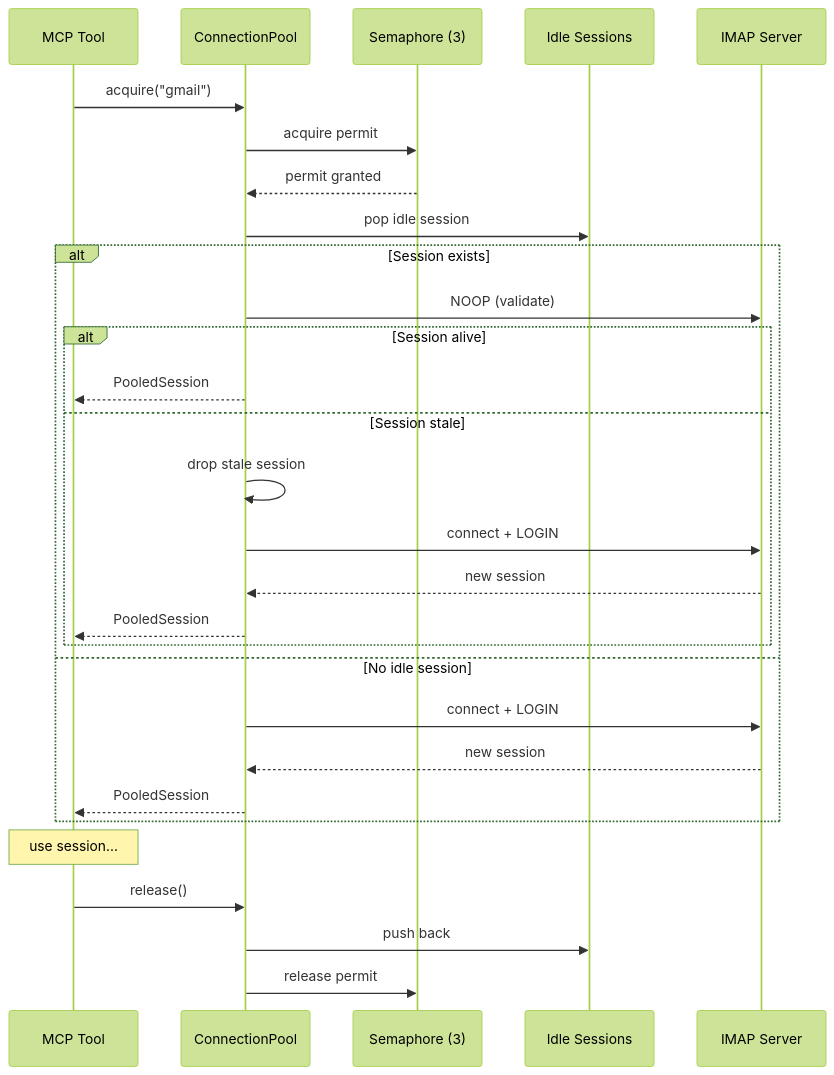
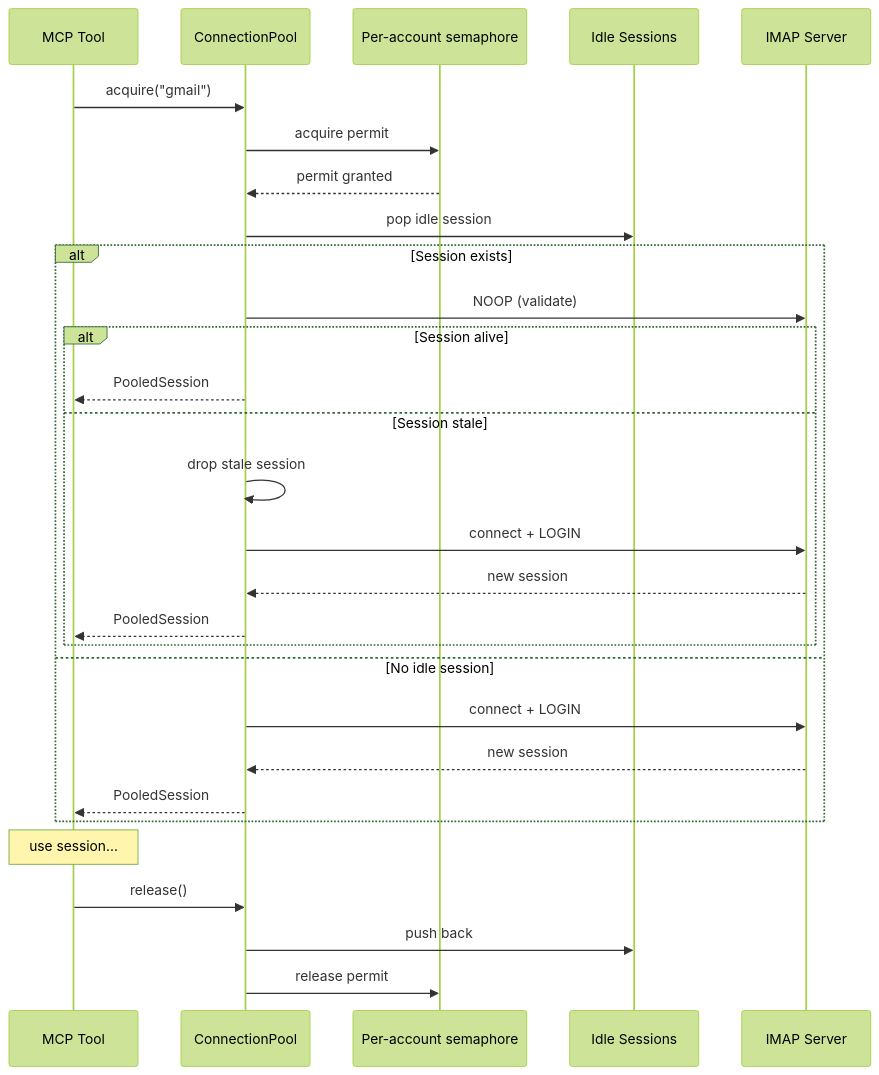
The third of 4 diagrams in DESIGN.md (Weekendsuperhero-io/agentmail), drawn with Mermaid (forest theme) before and after one commit. The commit also changed other lines of this file and 51 other files, not shown here.

````diff
--- a/DESIGN.md
+++ b/DESIGN.md
@@ -98,32 +103,32 @@
 ```mermaid
 sequenceDiagram
     participant Tool as MCP Tool
     participant Pool as ConnectionPool
-    participant Sem as Semaphore (3)
+    participant Sem as Per-account semaphore
     participant Sessions as Idle Sessions
     participant IMAP as IMAP Server
 
     Tool->>Pool: acquire("gmail")
     Pool->>Sem: acquire permit
     Sem-->>Pool: permit granted
     Pool->>Sessions: pop idle session
     alt Session exists
         Pool->>IMAP: NOOP (validate)
         alt Session alive
             Pool-->>Tool: PooledSession
         else Session stale
             Pool->>Pool: drop stale session
             Pool->>IMAP: connect + LOGIN
             IMAP-->>Pool: new session
             Pool-->>Tool: PooledSession
         end
     else No idle session
         Pool->>IMAP: connect + LOGIN
         IMAP-->>Pool: new session
         Pool-->>Tool: PooledSession
     end
     Note over Tool: use session...
     Tool->>Pool: release()
     Pool->>Sessions: push back
     Pool->>Sem: release permit
 ```
````
